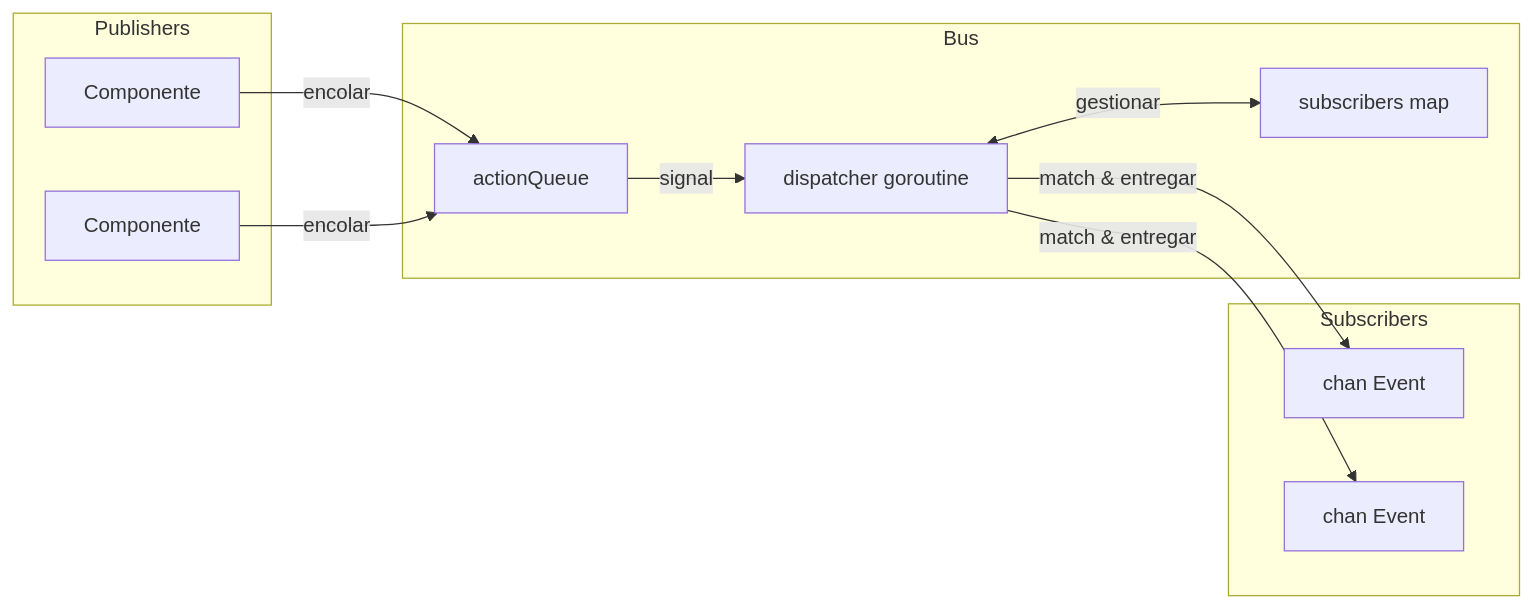
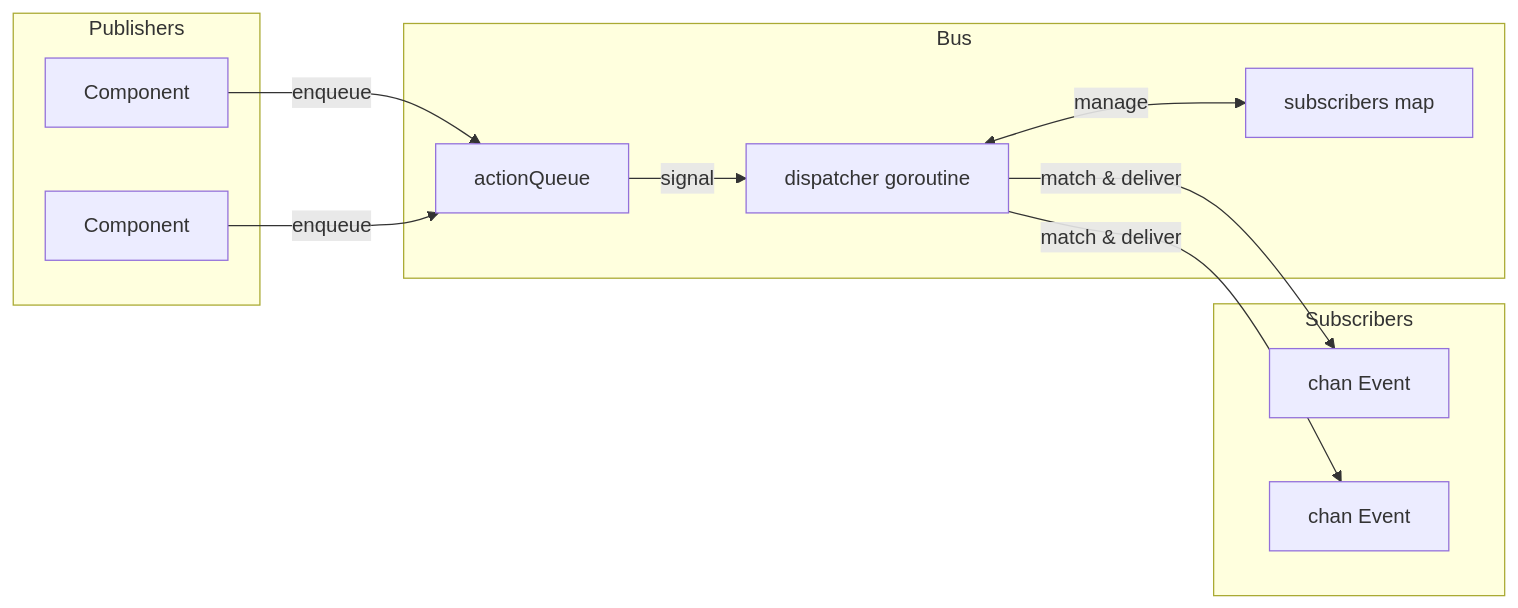
One commit to wippyai/docs changed the diagram in es/internals/events.md. Above: the diagram before and after it, drawn with Mermaid. The commit also changed other lines of this file and 870 other files, not shown here.

````diff
--- a/es/internals/events.md
+++ b/es/internals/events.md
@@ -23,23 +26,23 @@
 ```mermaid
 flowchart LR
     subgraph Publishers
-        P1[Componente]
-        P2[Componente]
+        P1[Component]
+        P2[Component]
     end
 
     subgraph Bus
         Q[actionQueue]
         D[dispatcher goroutine]
         S[subscribers map]
     end
 
     subgraph Subscribers
         S1[chan Event]
         S2[chan Event]
     end
 
-    P1 & P2 -->|encolar| Q
+    P1 & P2 -->|enqueue| Q
     Q -->|signal| D
-    D -->|match & entregar| S1 & S2
-    D <-->|gestionar| S
+    D -->|match & deliver| S1 & S2
+    D <-->|manage| S
 ```
````
